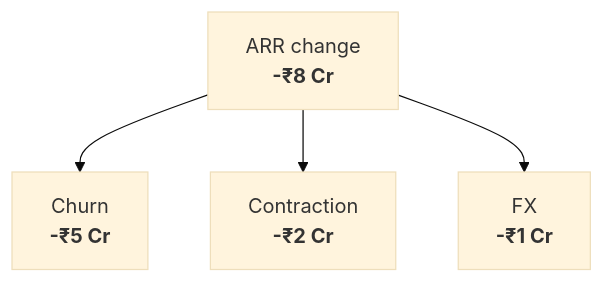
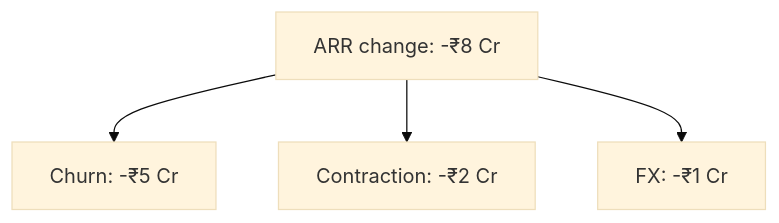
One commit to androviperian/semantic_warehouse_framework changed the first of 12 diagrams in book/01-from-reporting-to-decision-intelligence.md. Above: the diagram before and after it, drawn with Mermaid (base theme). The commit also changed other lines of this file, not shown here.

Commit message:
Repair and complete chapter 1 Mermaid diagrams

````diff
--- a/book/01-from-reporting-to-decision-intelligence.md
+++ b/book/01-from-reporting-to-decision-intelligence.md
@@ -61,11 +61,10 @@
 ```mermaid
 flowchart TB
-    ARR["ARR change<br/><b>-₹8 Cr</b>"]
-    CH["Churn<br/><b>-₹5 Cr</b>"]
-    CO["Contraction<br/><b>-₹2 Cr</b>"]
-    FX["FX<br/><b>-₹1 Cr</b>"]
-
+    ARR["ARR change: -₹8 Cr"]
+    CH["Churn: -₹5 Cr"]
+    CO["Contraction: -₹2 Cr"]
+    FX["FX: -₹1 Cr"]
     ARR --> CH
     ARR --> CO
     ARR --> FX
 ```
````
